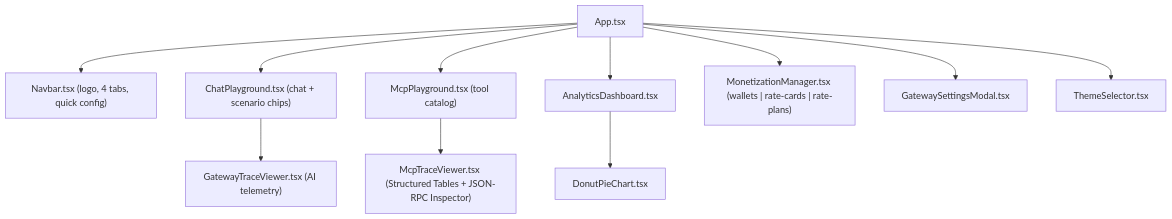
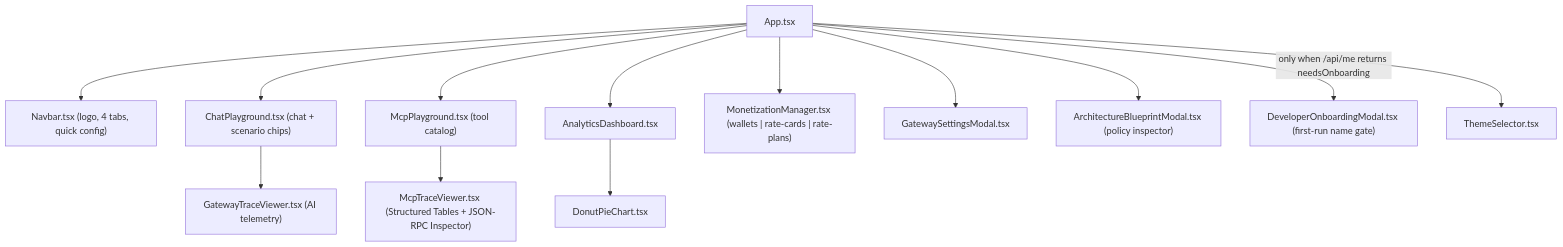
The diagram in docs/ui_semantic_cache_and_governance_spec.md (yem0428/apigee-ai-gateway-demo), drawn with Mermaid before and after one commit. The commit also changed other lines of this file and 18 other files, not shown here.

````diff
--- a/docs/ui_semantic_cache_and_governance_spec.md
+++ b/docs/ui_semantic_cache_and_governance_spec.md
@@ -65,25 +66,29 @@
 ```mermaid
 flowchart TD
     App["App.tsx"]
     Navbar["Navbar.tsx (logo, 4 tabs, quick config)"]
     Chat["ChatPlayground.tsx (chat + scenario chips)"]
     GTV["GatewayTraceViewer.tsx (AI telemetry)"]
     Mcp["McpPlayground.tsx (tool catalog)"]
     MTV["McpTraceViewer.tsx (Structured Tables + JSON-RPC Inspector)"]
     Analytics["AnalyticsDashboard.tsx"]
     Donut["DonutPieChart.tsx"]
     Money["MonetizationManager.tsx (wallets | rate-cards | rate-plans)"]
     Modal["GatewaySettingsModal.tsx"]
+    Blueprint["ArchitectureBlueprintModal.tsx (policy inspector)"]
+    Onboard["DeveloperOnboardingModal.tsx (first-run name gate)"]
     Theme["ThemeSelector.tsx"]
 
     App --> Navbar
     App --> Chat
     App --> Mcp
     App --> Analytics
     App --> Money
     App --> Modal
+    App --> Blueprint
+    App -->|"only when /api/me returns needsOnboarding"| Onboard
     App --> Theme
     Chat --> GTV
     Mcp --> MTV
     Analytics --> Donut
 ```
````
